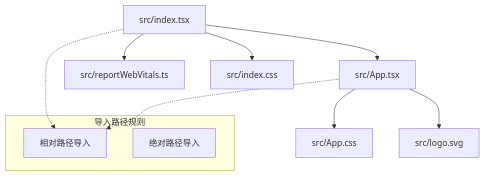
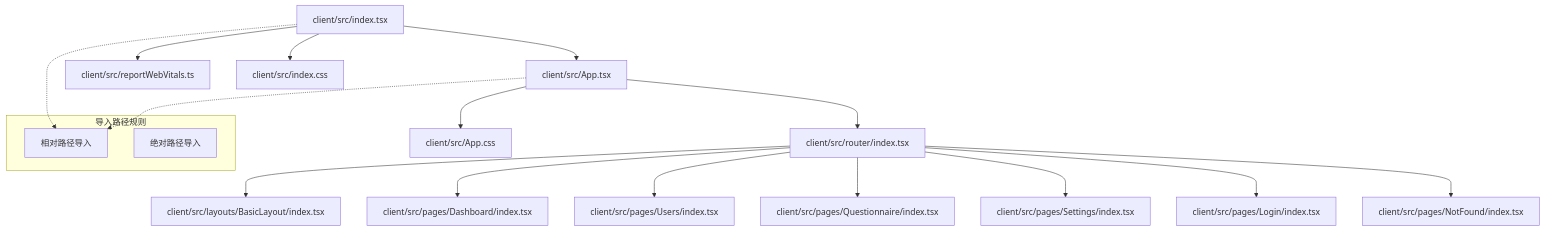
Before and after one commit to kkxxll/reactNext: the ninth of 9 diagrams in .qoder/repowiki/zh/content/核心组件/应用入口点.md, drawn with Mermaid. The commit also changed other lines of this file and 12 other files, not shown here.

````diff
--- a/.qoder/repowiki/zh/content/核心组件/应用入口点.md
+++ b/.qoder/repowiki/zh/content/核心组件/应用入口点.md
@@ -306,14 +330,21 @@
 ```mermaid
 graph TD
-IndexTSX[src/index.tsx] --> AppTSX[src/App.tsx]
-IndexTSX --> ReportWebVitals[src/reportWebVitals.ts]
-IndexTSX --> IndexCSS[src/index.css]
-AppTSX --> AppCSS[src/App.css]
-AppTSX --> LogoSVG[src/logo.svg]
+IndexTSX[client/src/index.tsx] --> AppTSX[client/src/App.tsx]
+IndexTSX --> ReportWebVitals[client/src/reportWebVitals.ts]
+IndexTSX --> IndexCSS[client/src/index.css]
+AppTSX --> Router[client/src/router/index.tsx]
+AppTSX --> AppCSS[client/src/App.css]
+Router --> BasicLayout[client/src/layouts/BasicLayout/index.tsx]
+Router --> Dashboard[client/src/pages/Dashboard/index.tsx]
+Router --> Users[client/src/pages/Users/index.tsx]
+Router --> Questionnaire[client/src/pages/Questionnaire/index.tsx]
+Router --> Settings[client/src/pages/Settings/index.tsx]
+Router --> Login[client/src/pages/Login/index.tsx]
+Router --> NotFound[client/src/pages/NotFound/index.tsx]
 subgraph "导入路径规则"
 Relative[相对路径导入]
 Absolute[绝对路径导入]
 end
 IndexTSX -.-> Relative
 AppTSX -.-> Relative
 ```
````
